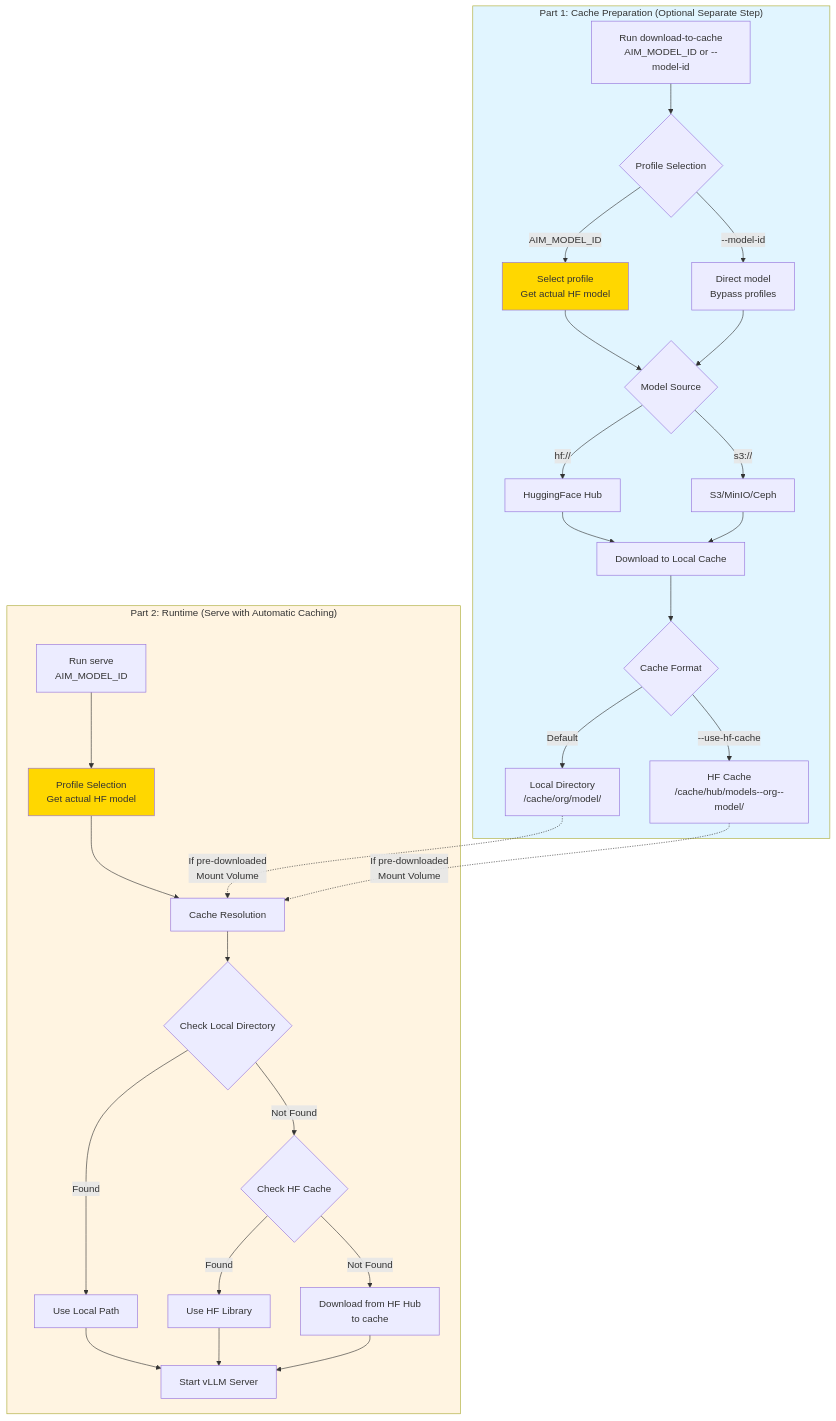
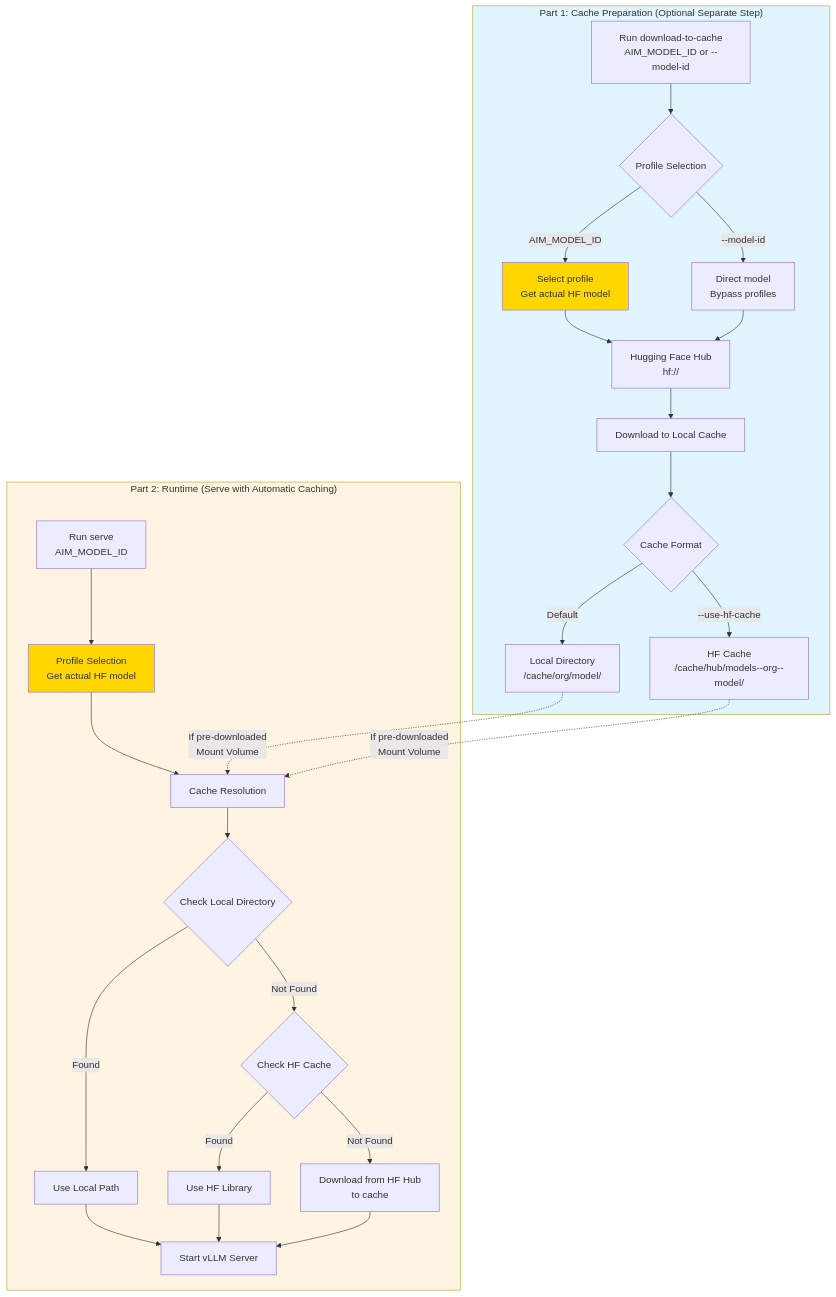
One commit to amd-enterprise-ai/aim-build changed the first of 2 diagrams in docs/model_caching.md. Above: the diagram before and after it, drawn with Mermaid. The commit also changed other lines of this file and 529 other files, not shown here.

````diff
--- a/docs/model_caching.md
+++ b/docs/model_caching.md
@@ -18,38 +18,36 @@
 ```mermaid
 flowchart TB
     subgraph Part1["Part 1: Cache Preparation (Optional Separate Step)"]
         A[Run download-to-cache<br/>AIM_MODEL_ID or --model-id] --> A1{Profile Selection}
         A1 -->|AIM_MODEL_ID| A2[Select profile<br/>Get actual HF model]
         A1 -->|--model-id| A3[Direct model<br/>Bypass profiles]
-        A2 --> B{Model Source}
-        A3 --> B
-        B -->|hf://| C[HuggingFace Hub]
-        B -->|s3://| D[S3/MinIO/Ceph]
+        C[Hugging Face Hub<br/>hf:// ]
+        A2 --> C
+        A3 --> C
         C --> E[Download to Local Cache]
-        D --> E
         E --> F{Cache Format}
         F -->|Default| G[Local Directory<br/>/cache/org/model/]
         F -->|--use-hf-cache| H[HF Cache<br/>/cache/hub/models--org--model/]
     end
 
     subgraph Part2["Part 2: Runtime (Serve with Automatic Caching)"]
         I[Run serve<br/>AIM_MODEL_ID] --> I1[Profile Selection<br/>Get actual HF model]
         I1 --> J[Cache Resolution]
         J --> K{Check Local Directory}
         K -->|Found| L[Use Local Path]
         K -->|Not Found| M{Check HF Cache}
         M -->|Found| N[Use HF Library]
         M -->|Not Found| O[Download from HF Hub<br/>to cache]
         L --> P[Start vLLM Server]
         N --> P
         O --> P
     end
 
     G -.->|If pre-downloaded<br/>Mount Volume| J
     H -.->|If pre-downloaded<br/>Mount Volume| J
 
     style Part1 fill:#e1f5ff
     style Part2 fill:#fff4e1
     style A2 fill:#ffd700
     style I1 fill:#ffd700
 ```
````
